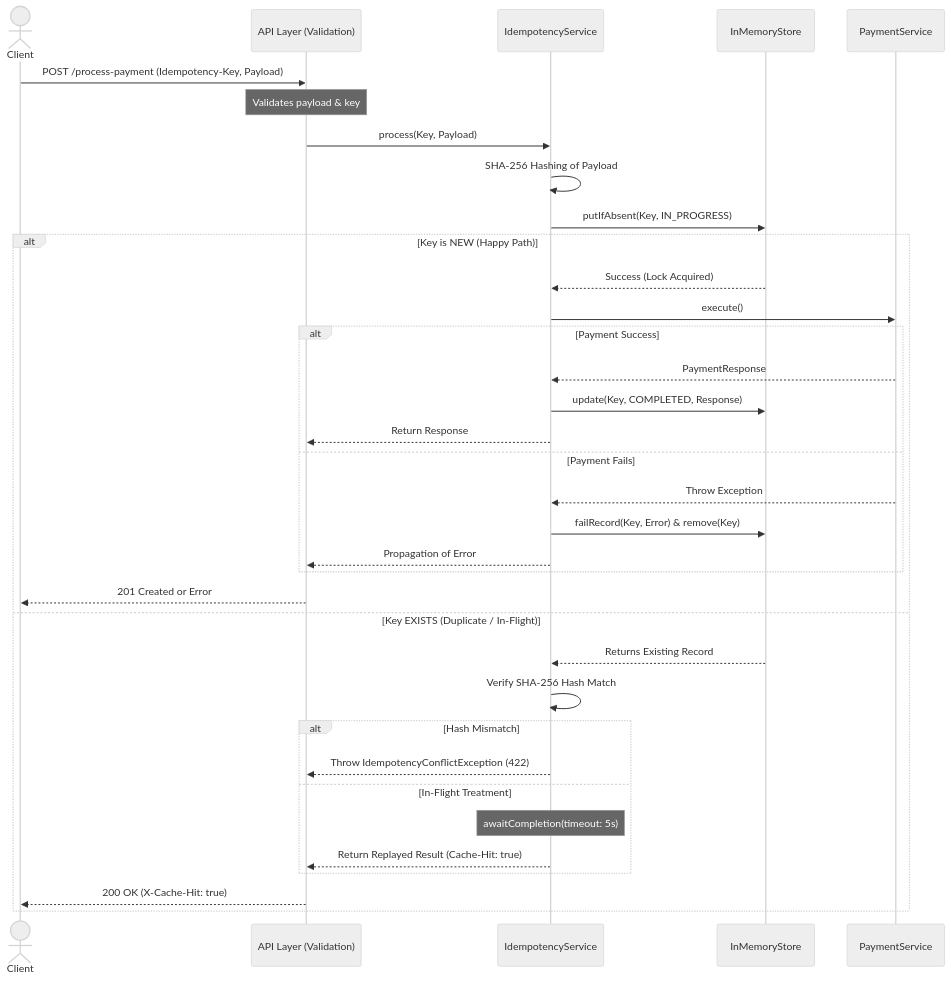
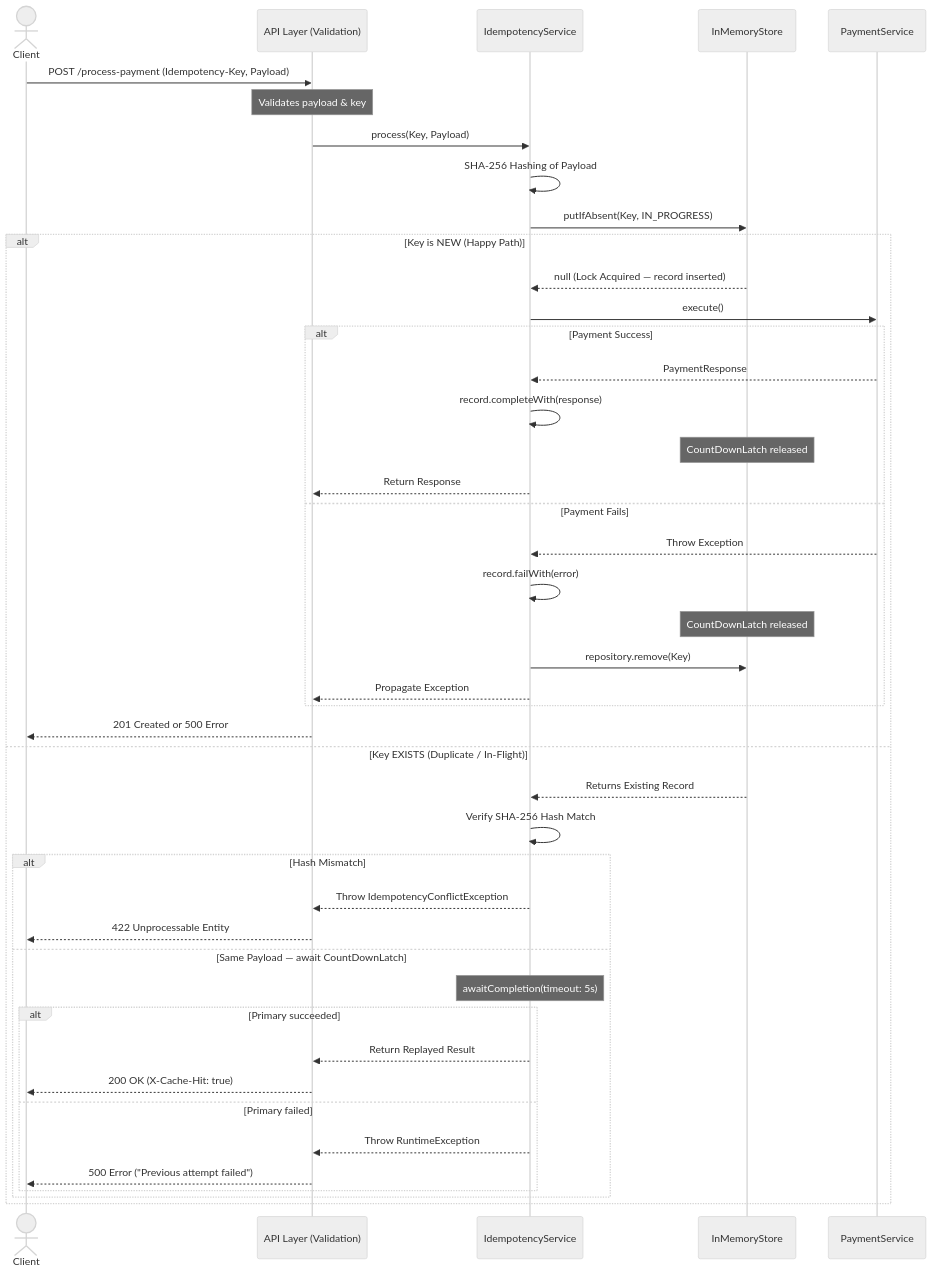
The diagram in backend/Idempotency-gateway/README.md (KAMBALENGUNUNU/AmaliTech-DEG-Project-based-challenges), drawn with Mermaid (neutral theme) before and after one commit. The commit also changed other lines of this file, not shown here.

````diff
--- a/backend/Idempotency-gateway/README.md
+++ b/backend/Idempotency-gateway/README.md
@@ -9,44 +11,53 @@
 ```mermaid
 sequenceDiagram
     actor Client
     participant Controller as API Layer (Validation)
     participant I_Service as IdempotencyService
     participant Cache as InMemoryStore
     participant P_Service as PaymentService
 
     Client->>Controller: POST /process-payment (Idempotency-Key, Payload)
     Note over Controller: Validates payload & key
     
     Controller->>I_Service: process(Key, Payload)
     I_Service->>I_Service: SHA-256 Hashing of Payload
     I_Service->>Cache: putIfAbsent(Key, IN_PROGRESS)
     
     alt Key is NEW (Happy Path)
-        Cache-->>I_Service: Success (Lock Acquired)
+        Cache-->>I_Service: null (Lock Acquired — record inserted)
         I_Service->>P_Service: execute()
         
         alt Payment Success
             P_Service-->>I_Service: PaymentResponse
-            I_Service->>Cache: update(Key, COMPLETED, Response)
+            I_Service->>I_Service: record.completeWith(response)
+            Note over Cache: CountDownLatch released
             I_Service-->>Controller: Return Response
         else Payment Fails
             P_Service-->>I_Service: Throw Exception
-            I_Service->>Cache: failRecord(Key, Error) & remove(Key)
-            I_Service-->>Controller: Propagation of Error
+            I_Service->>I_Service: record.failWith(error)
+            Note over Cache: CountDownLatch released
+            I_Service->>Cache: repository.remove(Key)
+            I_Service-->>Controller: Propagate Exception
         end
         
-        Controller-->>Client: 201 Created or Error
+        Controller-->>Client: 201 Created or 500 Error
         
     else Key EXISTS (Duplicate / In-Flight)
         Cache-->>I_Service: Returns Existing Record
         I_Service->>I_Service: Verify SHA-256 Hash Match
         
         alt Hash Mismatch
-            I_Service-->>Controller: Throw IdempotencyConflictException (422)
-        else In-Flight Treatment
+            I_Service-->>Controller: Throw IdempotencyConflictException
+            Controller-->>Client: 422 Unprocessable Entity
+        else Same Payload — await CountDownLatch
             Note over I_Service: awaitCompletion(timeout: 5s)
-            I_Service-->>Controller: Return Replayed Result (Cache-Hit: true)
+            alt Primary succeeded
+                I_Service-->>Controller: Return Replayed Result
+                Controller-->>Client: 200 OK (X-Cache-Hit: true)
+            else Primary failed
+                I_Service-->>Controller: Throw RuntimeException
+                Controller-->>Client: 500 Error ("Previous attempt failed")
+            end
         end
-        Controller-->>Client: 200 OK (X-Cache-Hit: true)
     end
 ```
````
